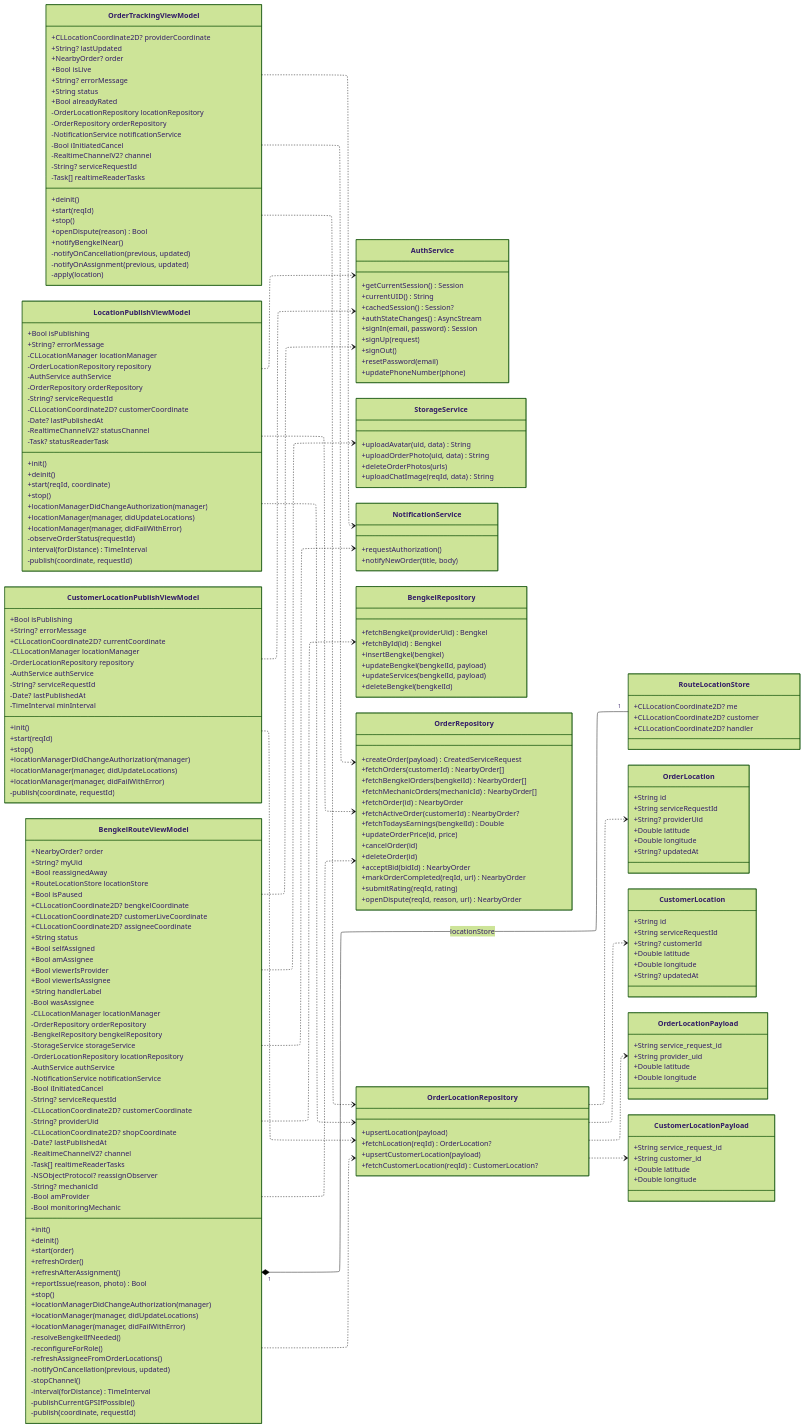
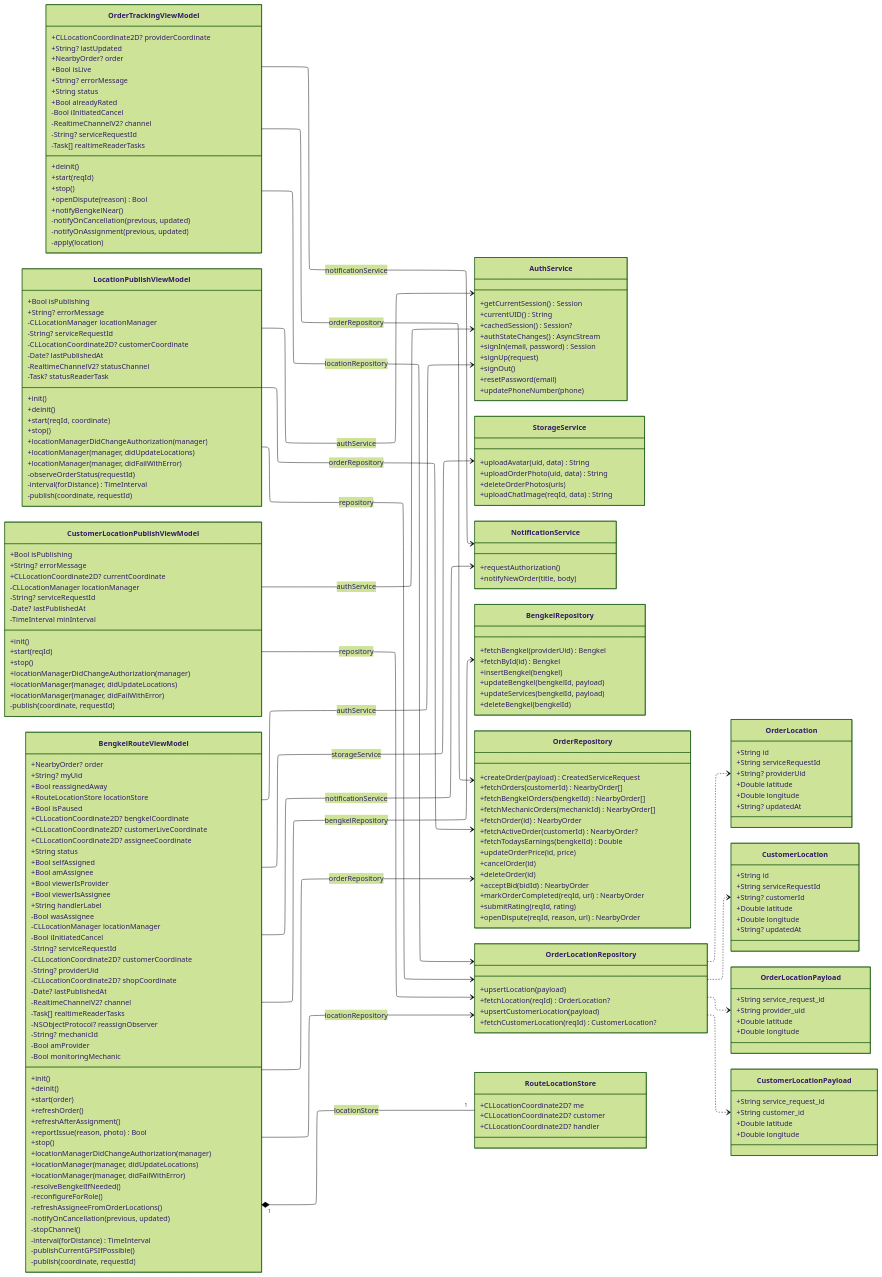
Before and after one commit to rei-soemanto/BengkelIn_SE: the eighth of 12 diagrams in diagram/feature-class-diagrams.md, drawn with Mermaid (forest theme). The commit also changed other lines of this file and 21 other files, not shown here.

Commit message:
more accurate class diagram

```diff
--- a/diagram/feature-class-diagrams.md
+++ b/diagram/feature-class-diagrams.md
@@ -1338,9 +1291,6 @@
         +String? errorMessage
         +String status
         +Bool alreadyRated
-        -OrderLocationRepository locationRepository
-        -OrderRepository orderRepository
-        -NotificationService notificationService
         -Bool iInitiatedCancel
         -RealtimeChannelV2? channel
         -String? serviceRequestId
@@ -1358,9 +1308,6 @@
         +Bool isPublishing
         +String? errorMessage
         -CLLocationManager locationManager
-        -OrderLocationRepository repository
-        -AuthService authService
-        -OrderRepository orderRepository
         -String? serviceRequestId
         -CLLocationCoordinate2D? customerCoordinate
         -Date? lastPublishedAt
@@ -1382,8 +1329,6 @@
         +String? errorMessage
         +CLLocationCoordinate2D? currentCoordinate
         -CLLocationManager locationManager
-        -OrderLocationRepository repository
-        -AuthService authService
         -String? serviceRequestId
         -Date? lastPublishedAt
         -TimeInterval minInterval
@@ -1412,12 +1357,6 @@
         +String handlerLabel
         -Bool wasAssignee
         -CLLocationManager locationManager
-        -OrderRepository orderRepository
-        -BengkelRepository bengkelRepository
-        -StorageService storageService
-        -OrderLocationRepository locationRepository
-        -AuthService authService
-        -NotificationService notificationService
         -Bool iInitiatedCancel
         -String? serviceRequestId
         -CLLocationCoordinate2D? customerCoordinate
@@ -1483,20 +1422,20 @@
         +Double longitude
     }
 
-    OrderTrackingViewModel ..> OrderLocationRepository
-    OrderTrackingViewModel ..> OrderRepository
-    OrderTrackingViewModel ..> NotificationService
-    LocationPublishViewModel ..> OrderLocationRepository
-    LocationPublishViewModel ..> OrderRepository
-    LocationPublishViewModel ..> AuthService
-    CustomerLocationPublishViewModel ..> OrderLocationRepository
-    CustomerLocationPublishViewModel ..> AuthService
-    BengkelRouteViewModel ..> OrderRepository
-    BengkelRouteViewModel ..> BengkelRepository
-    BengkelRouteViewModel ..> OrderLocationRepository
-    BengkelRouteViewModel ..> StorageService
-    BengkelRouteViewModel ..> AuthService
-    BengkelRouteViewModel ..> NotificationService
+    OrderTrackingViewModel --> OrderLocationRepository : locationRepository
+    OrderTrackingViewModel --> OrderRepository : orderRepository
+    OrderTrackingViewModel --> NotificationService : notificationService
+    LocationPublishViewModel --> OrderLocationRepository : repository
+    LocationPublishViewModel --> OrderRepository : orderRepository
+    LocationPublishViewModel --> AuthService : authService
+    CustomerLocationPublishViewModel --> OrderLocationRepository : repository
+    CustomerLocationPublishViewModel --> AuthService : authService
+    BengkelRouteViewModel --> OrderRepository : orderRepository
+    BengkelRouteViewModel --> BengkelRepository : bengkelRepository
+    BengkelRouteViewModel --> OrderLocationRepository : locationRepository
+    BengkelRouteViewModel --> StorageService : storageService
+    BengkelRouteViewModel --> AuthService : authService
+    BengkelRouteViewModel --> NotificationService : notificationService
     BengkelRouteViewModel "1" *-- "1" RouteLocationStore : locationStore
     OrderLocationRepository ..> OrderLocation
     OrderLocationRepository ..> CustomerLocation
```
